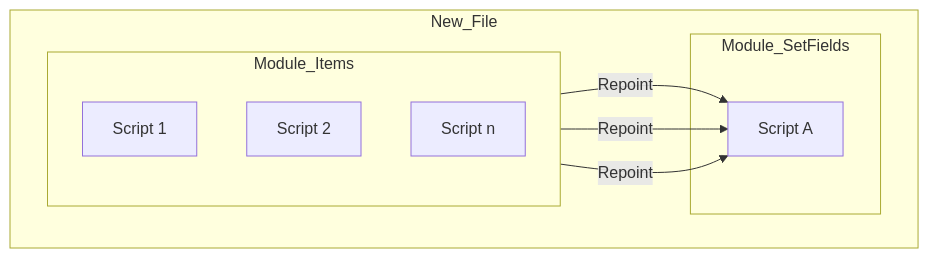
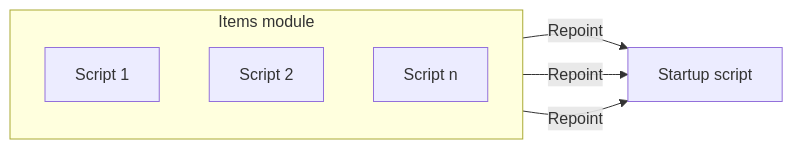
The second of 4 diagrams in Dependencies.md (CloudChi/FX-Framework), drawn with Mermaid before and after one commit. The commit also changed other lines of this file, not shown here.

````diff
--- a/Dependencies.md
+++ b/Dependencies.md
@@ -39,18 +35,14 @@
 ```mermaid
 graph LR
-    subgraph New_File
         direction LR
-        subgraph Module_Items
+        subgraph Items module
             direction TB
             A[Script 1]
             B[Script 2]
             C[Script n]
         end
-        subgraph Module_SetFields
-            D[Script A]
-        end
+        D[Startup script]
         A --Repoint--> D
         B --Repoint--> D
         C --Repoint--> D
-    end
 ```
````
